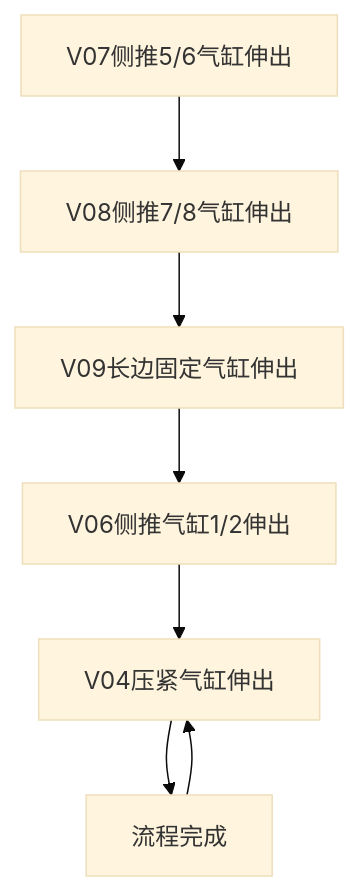
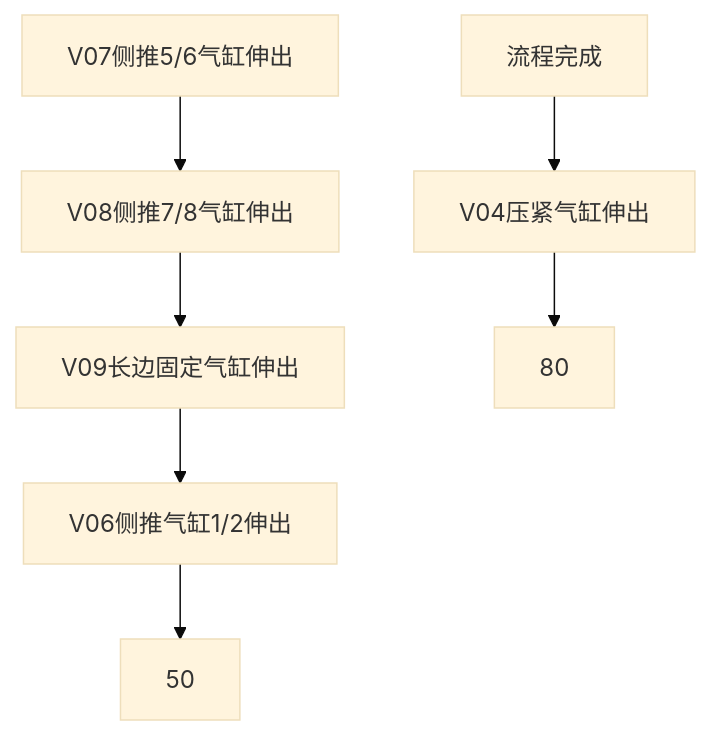
The diagram in all/OP30气缸固定子流程.md (PengKun1/iodraw-files), drawn with Mermaid (base theme) before and after one commit.

Commit message:
2024-08-06 10:00:01 update

````diff
--- a/all/OP30气缸固定子流程.md
+++ b/all/OP30气缸固定子流程.md
@@ -1,11 +1,11 @@
 ```mermaid
 graph TD
 10[V07侧推5/6气缸伸出]-->20
 20[V08侧推7/8气缸伸出]-->30
 30[V09长边固定气缸伸出]-->40
 40[V06侧推气缸1/2伸出]-->50
-60[V03插销固定气缸3/4伸出]-->50
-50[V04压紧气缸伸出]-->60
+60[V03插销固定气缸3/4伸出]-->70
+70[V04压紧气缸伸出]-->80
 60[流程完成]
   
 ```
````
